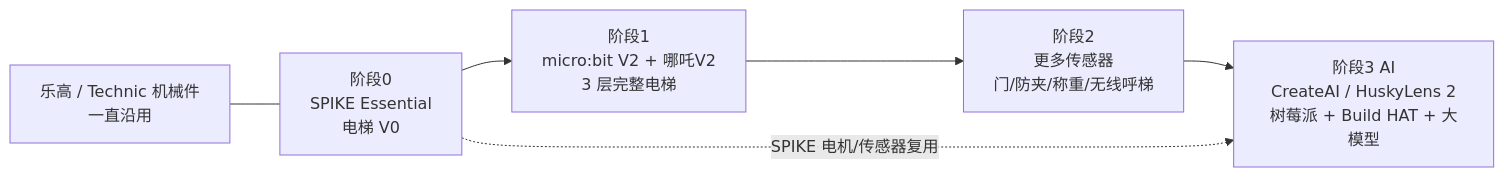
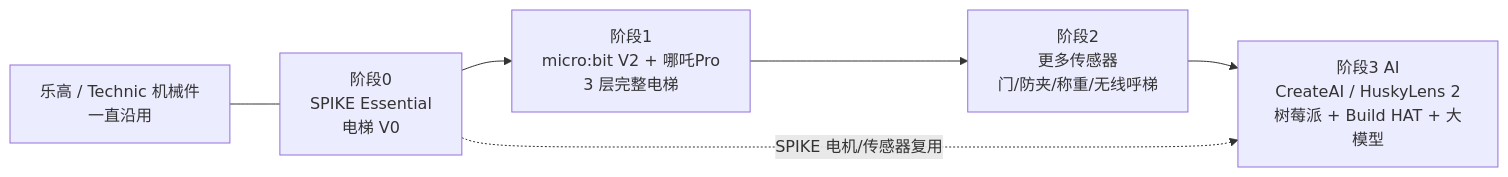
Before and after one commit to hfeng-9527/RobotAI: the first of 2 diagrams in docs/expansion-plan.md, drawn with Mermaid. The commit also changed other lines of this file and 2 other files, not shown here.

First line of the commit message:
Add phase 1 shopping list for micro:bit + Nezha Pro 3-floor elevator

````diff
--- a/docs/expansion-plan.md
+++ b/docs/expansion-plan.md
@@ -18,8 +18,8 @@
 ```mermaid
 flowchart LR
     L[乐高 / Technic 机械件<br/>一直沿用] --- S0
-    S0[阶段0<br/>SPIKE Essential<br/>电梯 V0] --> S1[阶段1<br/>micro:bit V2 + 哪吒V2<br/>3 层完整电梯]
+    S0[阶段0<br/>SPIKE Essential<br/>电梯 V0] --> S1[阶段1<br/>micro:bit V2 + 哪吒Pro<br/>3 层完整电梯]
     S1 --> S2[阶段2<br/>更多传感器<br/>门/防夹/称重/无线呼梯]
     S2 --> S3[阶段3 AI<br/>CreateAI / HuskyLens 2<br/>树莓派 + Build HAT + 大模型]
     S0 -. SPIKE 电机/传感器复用 .-> S3
 ```
````
